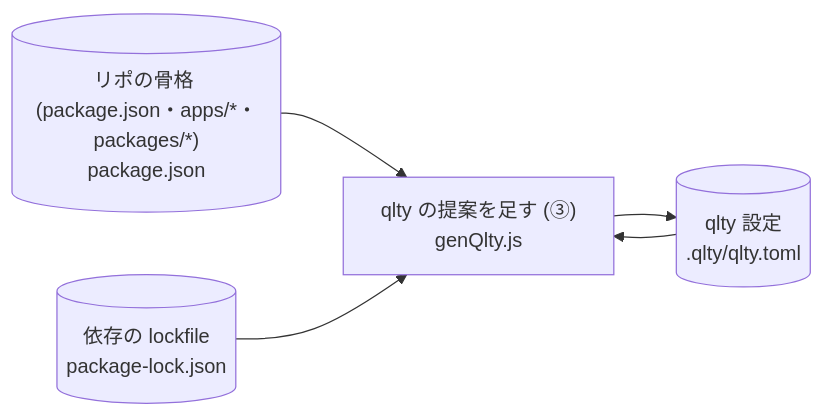
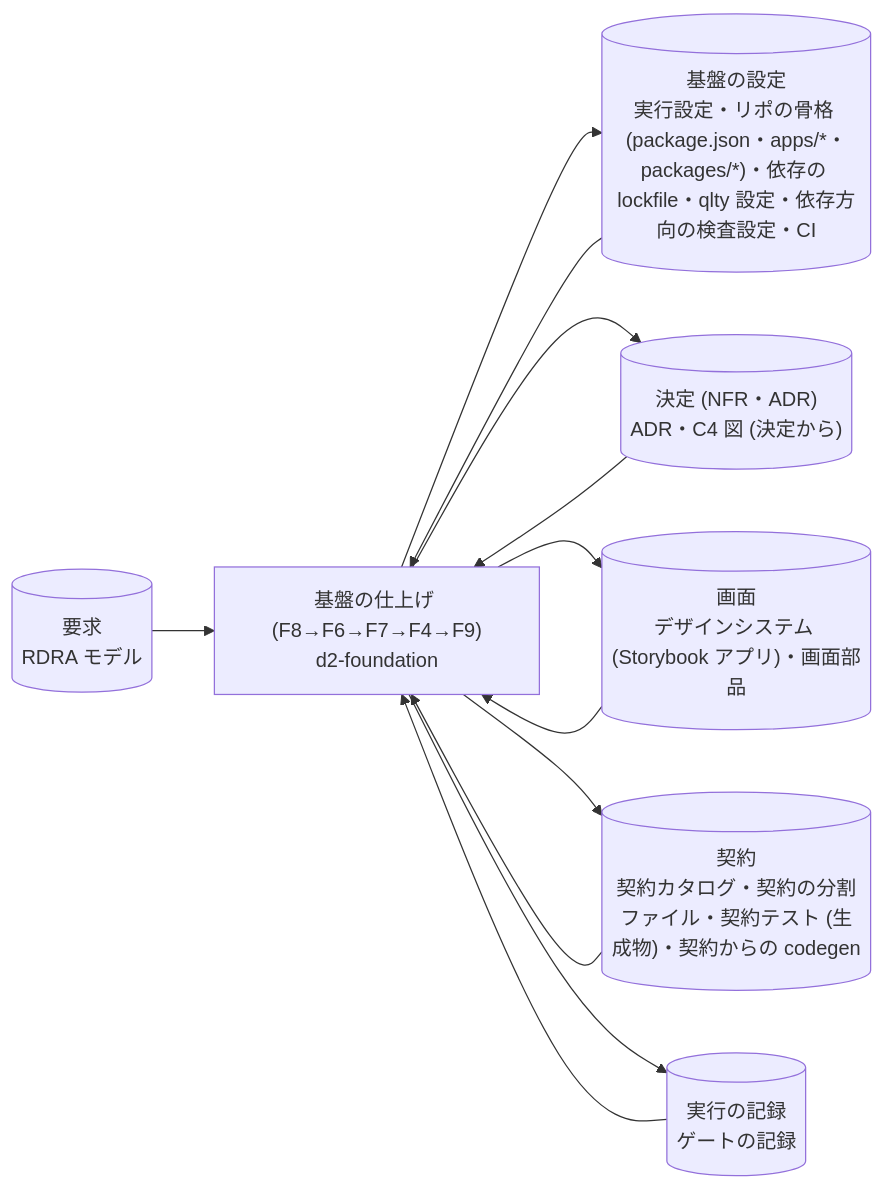
Before and after one commit to suwa-sh/suwa-sh-claude-plugins: diagram 11 of 34 in plugins/distillery2/skills/d2-common/references/dataflow.md, drawn with Mermaid. The commit also changed other lines of this file and 16 other files, not shown here.

````diff
--- a/plugins/distillery2/skills/d2-common/references/dataflow.md
+++ b/plugins/distillery2/skills/d2-common/references/dataflow.md
@@ -322,11 +303,21 @@
 ```mermaid
 flowchart LR
-  p_run_foundation_qlty["qlty の提案を足す (③)<br/>genQlty.js"]
-  s_skeleton[("リポの骨格 (package.json・apps/*・packages/*)<br/>package.json")]
-  s_lockfile[("依存の lockfile<br/>package-lock.json")]
-  s_qlty_config[("qlty 設定<br/>.qlty/qlty.toml")]
-  s_skeleton --> p_run_foundation_qlty
-  s_lockfile --> p_run_foundation_qlty
-  s_qlty_config --> p_run_foundation_qlty
-  p_run_foundation_qlty --> s_qlty_config
+  p_foundation_finish["基盤の仕上げ (F8→F6→F7→F4→F9)<br/>d2-foundation"]
+  g_decisions[("決定 (NFR・ADR)<br/>ADR・C4 図 (決定から)")]
+  g_contracts[("契約<br/>契約カタログ・契約の分割ファイル・契約テスト (生成物)・契約からの codegen")]
+  g_requirements[("要求<br/>RDRA モデル")]
+  g_settings[("基盤の設定<br/>実行設定・リポの骨格 (package.json・apps/*・packages/*)・依存の lockfile・qlty 設定・依存方向の検査設定・CI")]
+  g_design[("画面<br/>デザインシステム (Storybook アプリ)・画面部品")]
+  g_run[("実行の記録<br/>ゲートの記録")]
+  g_decisions --> p_foundation_finish
+  g_contracts --> p_foundation_finish
+  g_requirements --> p_foundation_finish
+  g_settings --> p_foundation_finish
+  g_design --> p_foundation_finish
+  g_run --> p_foundation_finish
+  p_foundation_finish --> g_settings
+  p_foundation_finish --> g_decisions
+  p_foundation_finish --> g_design
+  p_foundation_finish --> g_contracts
+  p_foundation_finish --> g_run
 ```
````
